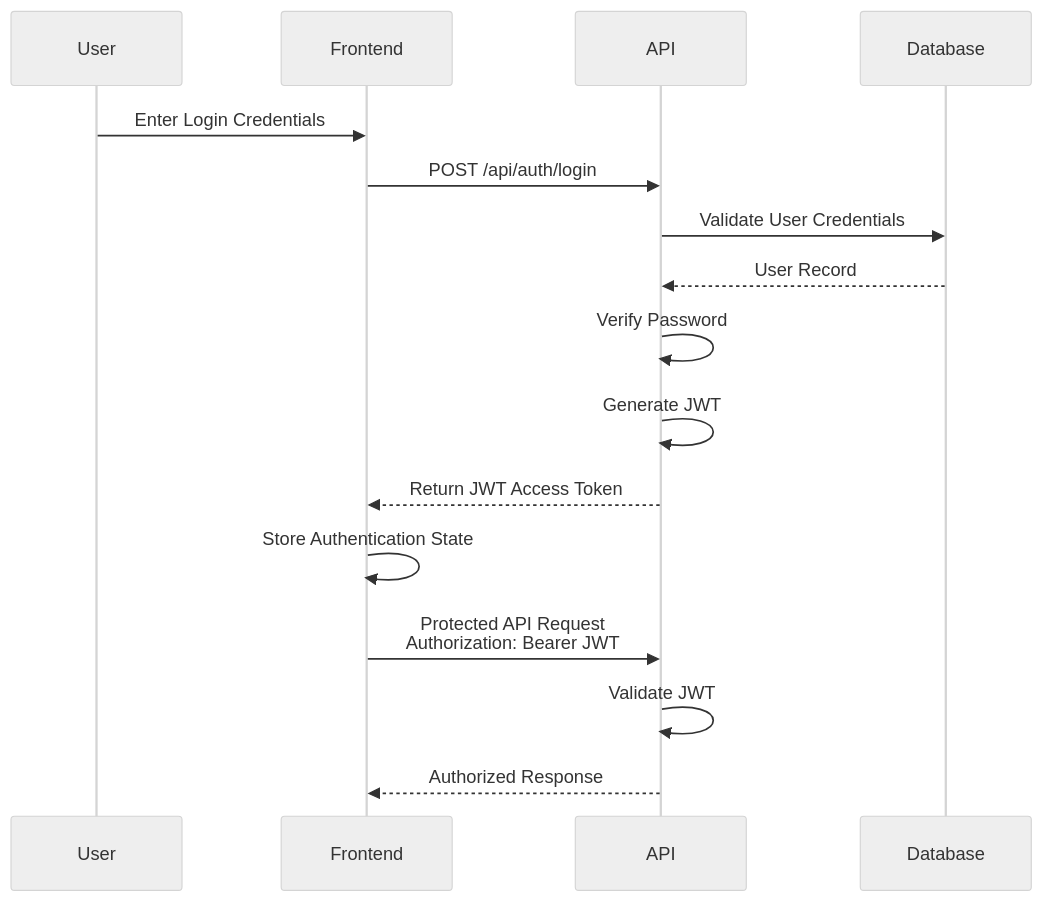
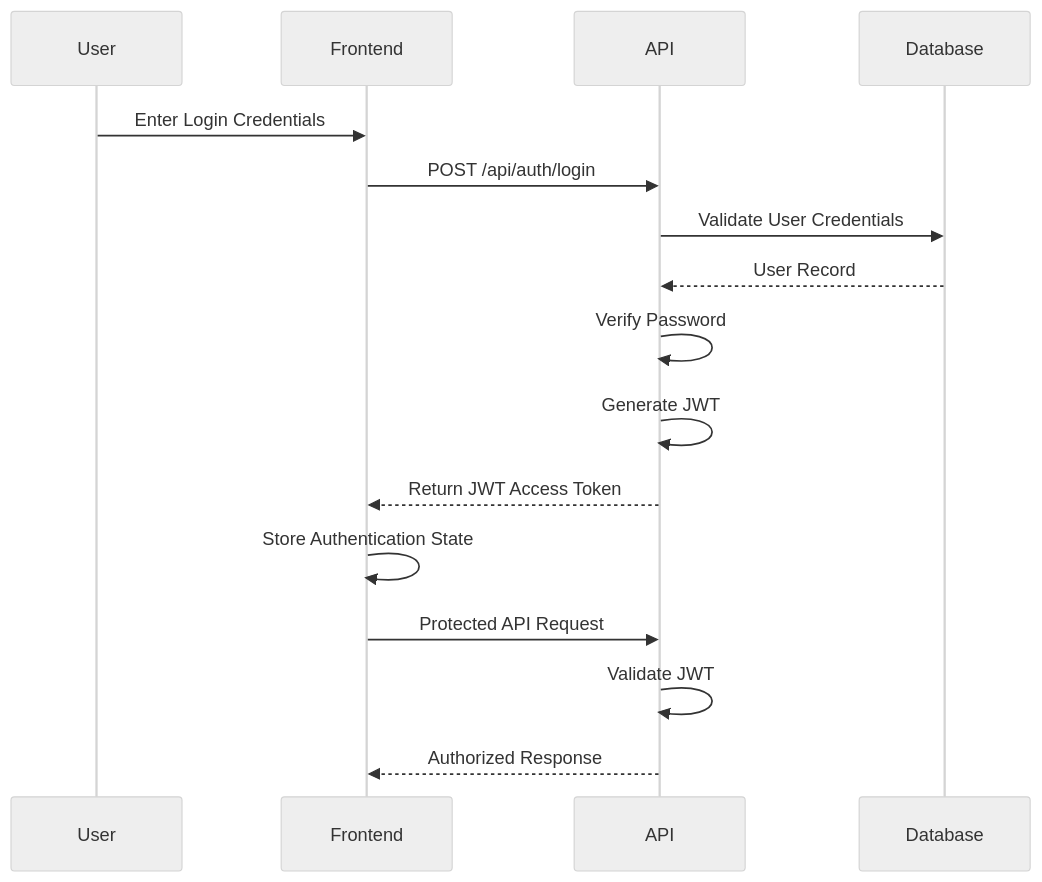
The fourth of 21 diagrams in docks/ARCHITECTURE.md (kamlesh-codedev/paste-bin), drawn with Mermaid (neutral theme) before and after one commit. The commit also changed other lines of this file, not shown here.

Commit message:
Resolved ARCHITECTURE render issue

````diff
--- a/docks/ARCHITECTURE.md
+++ b/docks/ARCHITECTURE.md
@@ -177,30 +177,29 @@
 ```mermaid
 sequenceDiagram
 
     participant User
     participant Frontend
     participant API
     participant Database
 
     User->>Frontend: Enter Login Credentials
 
     Frontend->>API: POST /api/auth/login
 
     API->>Database: Validate User Credentials
 
     Database-->>API: User Record
 
     API->>API: Verify Password
 
     API->>API: Generate JWT
 
     API-->>Frontend: Return JWT Access Token
 
     Frontend->>Frontend: Store Authentication State
 
-    Frontend->>API: Protected API Request<br/>Authorization: Bearer JWT
-
+    Frontend->>API: Protected API Request
     API->>API: Validate JWT
 
     API-->>Frontend: Authorized Response
 ```
````
